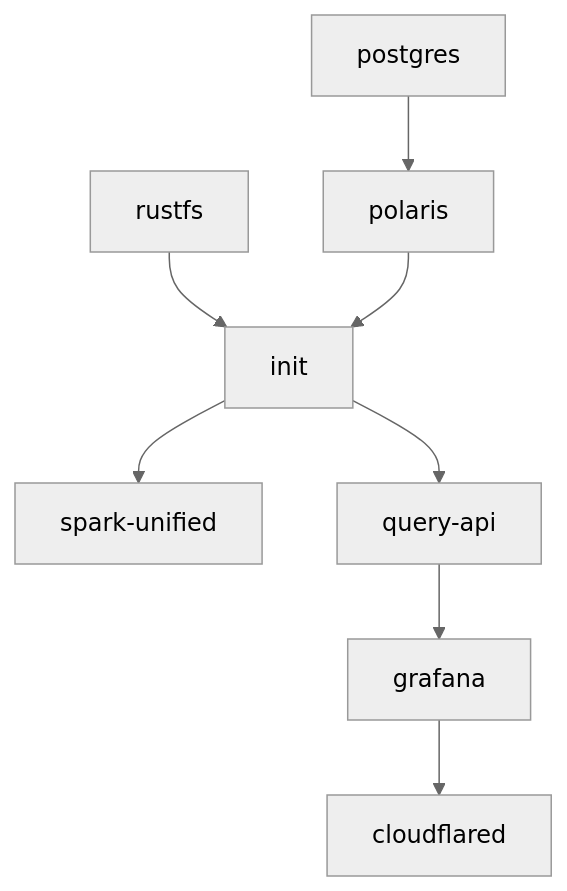
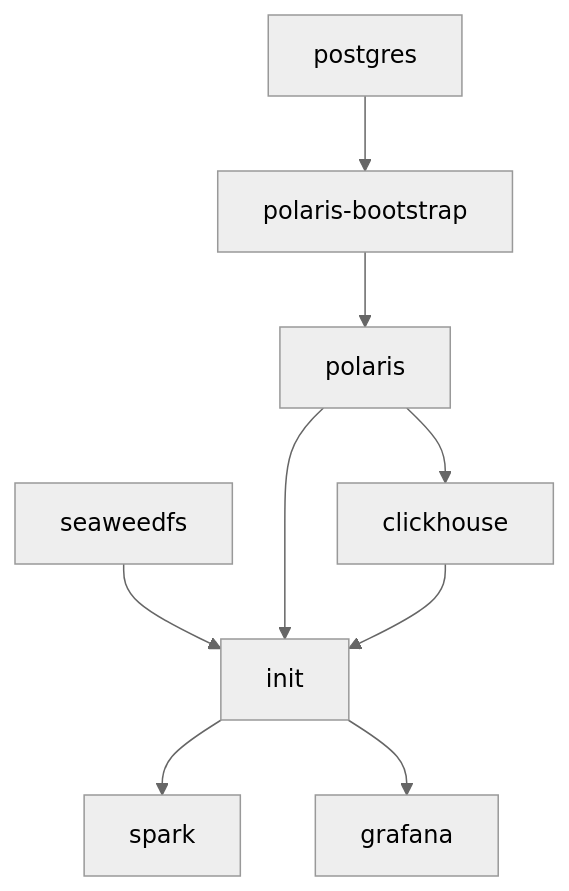
Before and after one commit to joshlizana/atomosphere: the second of 2 diagrams in docs/TRD.md, drawn with Mermaid (neutral theme). The commit also changed other lines of this file and 19 other files, not shown here.

````diff
--- a/docs/TRD.md
+++ b/docs/TRD.md
@@ -321,10 +328,11 @@
 ```mermaid
 flowchart TD
-    PG[postgres] --> PL[polaris]
-    RS[rustfs] --> INIT[init]
+    PG[postgres] --> BOOT[polaris-bootstrap]
+    BOOT --> PL[polaris]
+    PL --> CH[clickhouse]
+    RS[seaweedfs] --> INIT[init]
     PL --> INIT
-    INIT --> SU[spark-unified]
-    INIT --> QA[query-api]
-    QA --> GF[grafana]
-    GF --> CF[cloudflared]
+    CH --> INIT
+    INIT --> SU[spark]
+    INIT --> GF[grafana]
 ```
````
